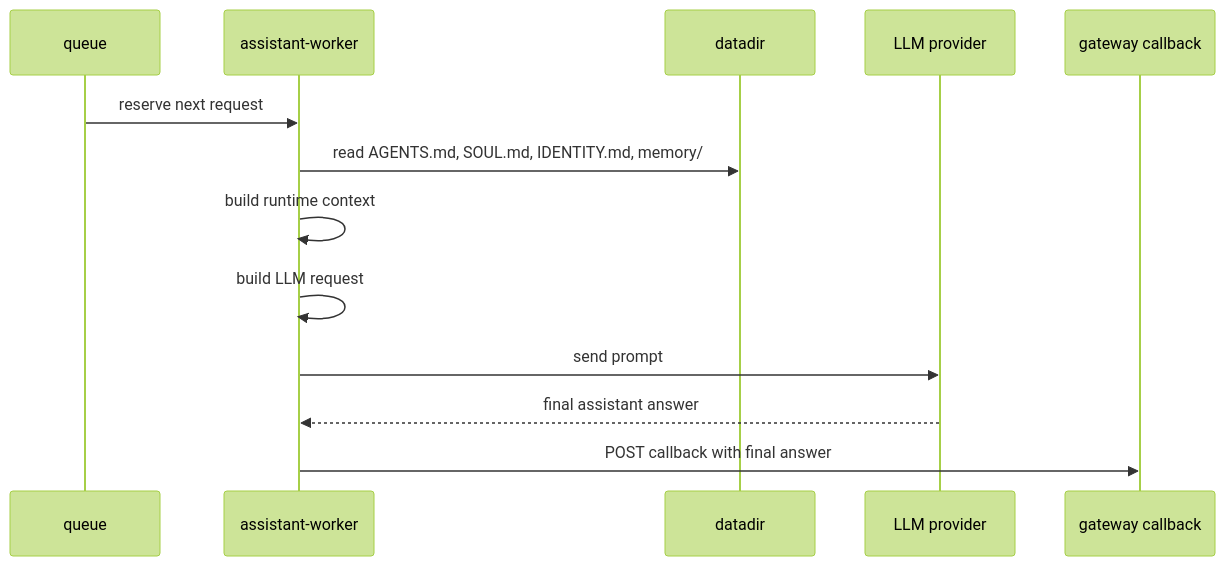
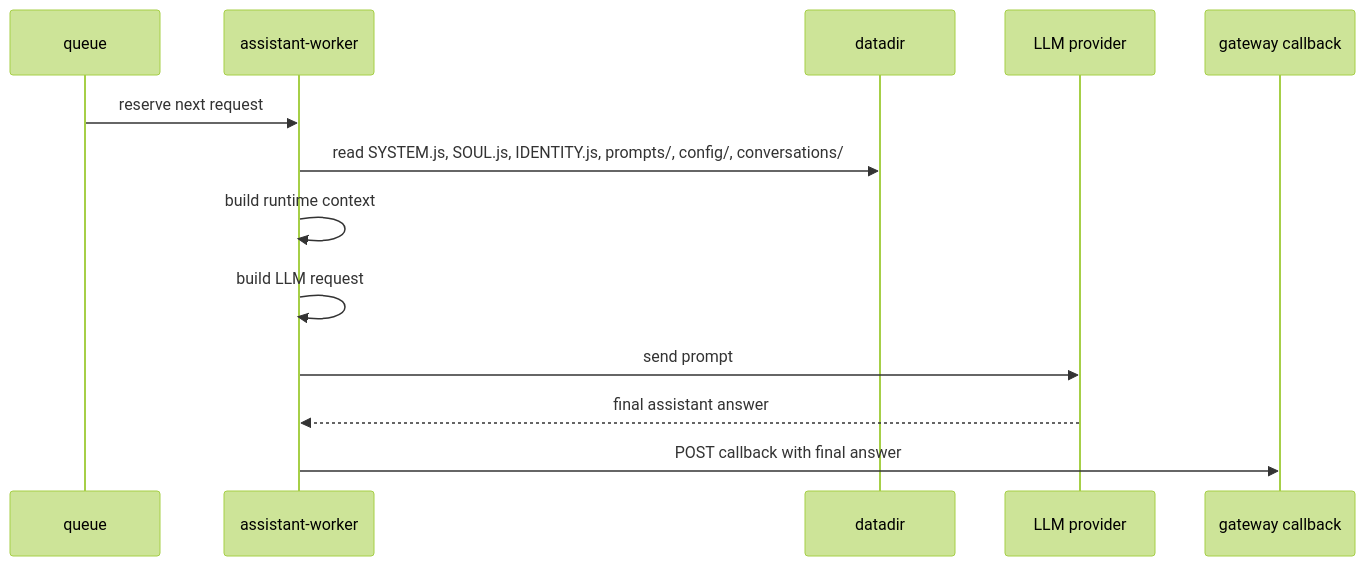
The fifth of 7 diagrams in docs/services/assistant-worker.md (vinitu/my-concierge), drawn with Mermaid (forest theme) before and after one commit. The commit also changed other lines of this file and 61 other files, not shown here.

````diff
--- a/docs/services/assistant-worker.md
+++ b/docs/services/assistant-worker.md
@@ -79,16 +250,16 @@
 ```mermaid
 sequenceDiagram
     participant Queue as queue
     participant Worker as assistant-worker
     participant Datadir as datadir
     participant LLM as LLM provider
     participant Gateway as gateway callback
 
     Queue->>Worker: reserve next request
-    Worker->>Datadir: read AGENTS.md, SOUL.md, IDENTITY.md, memory/
+    Worker->>Datadir: read SYSTEM.js, SOUL.js, IDENTITY.js, prompts/, config/, conversations/
     Worker->>Worker: build runtime context
     Worker->>Worker: build LLM request
     Worker->>LLM: send prompt
     LLM-->>Worker: final assistant answer
     Worker->>Gateway: POST callback with final answer
 ```
````
